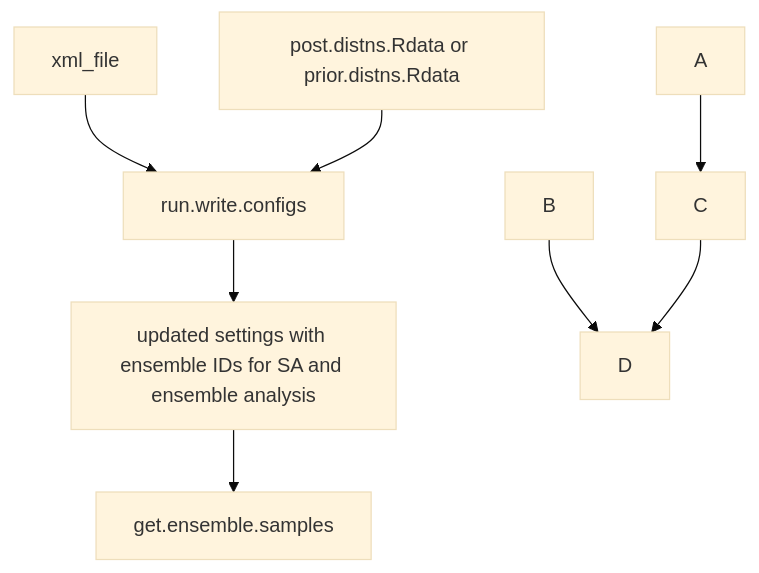
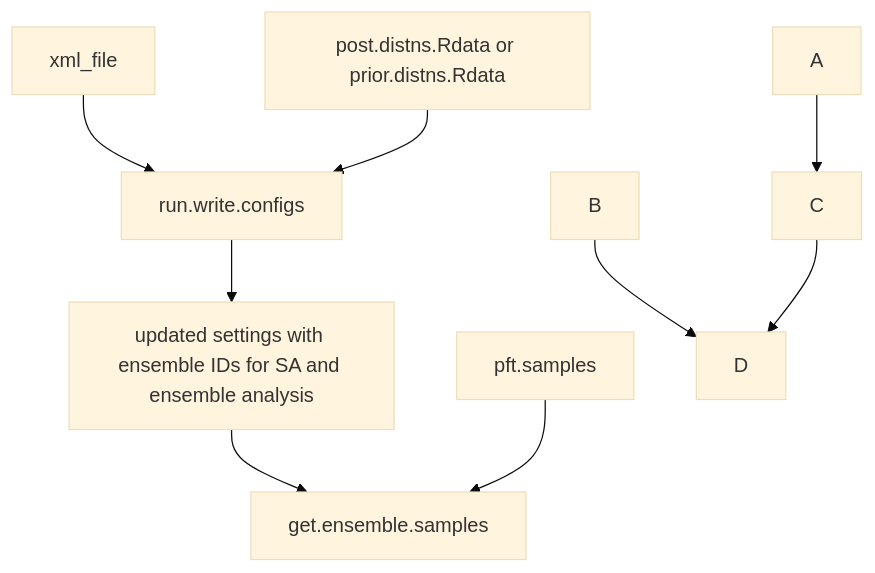
Before and after one commit to ecamo19/gsoc_project_2022_vm: the diagram in README.md, drawn with Mermaid (base theme).

````diff
--- a/README.md
+++ b/README.md
@@ -49,10 +49,11 @@
 ```mermaid
   graph TD;
       settings[xml_file]-->run.write.configs ;
       posterior.files[post.distns.Rdata or prior.distns.Rdata]-->run.write.configs;
       run.write.configs-->output_1[updated settings with ensemble IDs for SA and ensemble analysis ];
       output_1[updated settings with ensemble IDs for SA and ensemble analysis]-->get.ensemble.samples;
+      input_get_ensemble_1[pft.samples]-->get.ensemble.samples;
       A-->C;
       B-->D;
       C-->D;
 ```
````
